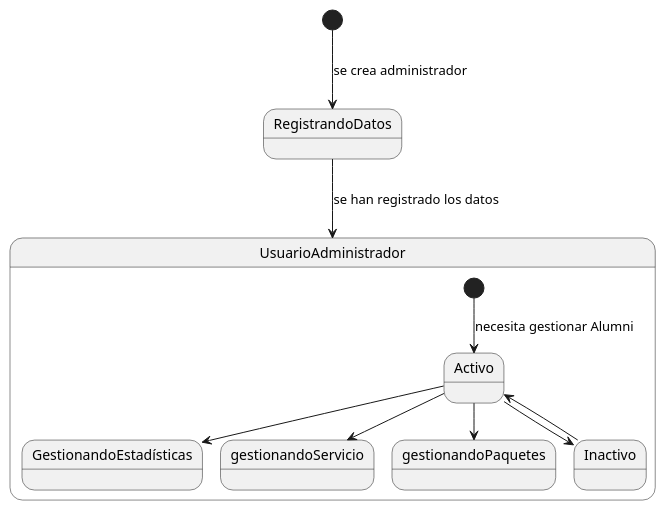
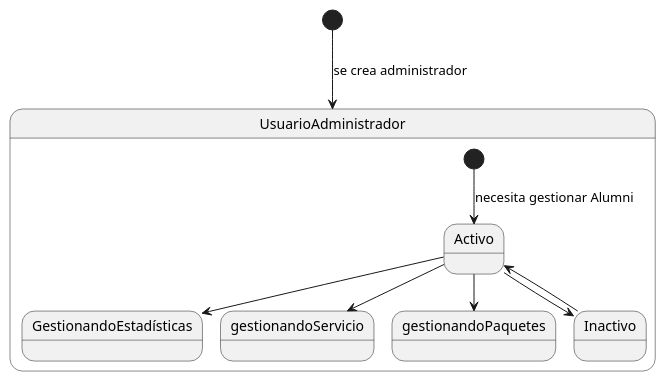
One commit to mmasias/23-24-IdSw1-SDR changed the diagram in Modelo_de_Dominio/Diagramas_de_Estado/Cuarta_Iteración/Administrador/Diagrama_de_Estados_Administrador.puml. Above: the diagram before and after it, drawn with PlantUML.

Commit message:
Sexta Iteración Diagrama de Estados Administrador

```diff
--- a/Modelo_de_Dominio/Diagramas_de_Estado/Cuarta_Iteración/Administrador/Diagrama_de_Estados_Administrador.puml
+++ b/Modelo_de_Dominio/Diagramas_de_Estado/Cuarta_Iteración/Administrador/Diagrama_de_Estados_Administrador.puml
@@ -1,16 +1,16 @@
-[*] --> RegistrandoDatos: se crea administrador
+@startuml
+[*] --> UsuarioAdministrador: se crea administrador
 
-RegistrandoDatos-->UsuarioAdministrador :se han registrado los datos
 
 
 state UsuarioAdministrador{
 Activo-->GestionandoEstadísticas
 [*]-->Activo: necesita gestionar Alumni
 Activo-->gestionandoServicio 
 Activo-->gestionandoPaquetes 
 Activo --> Inactivo
 Inactivo --> Activo
 }
 
 
 @enduml
```
